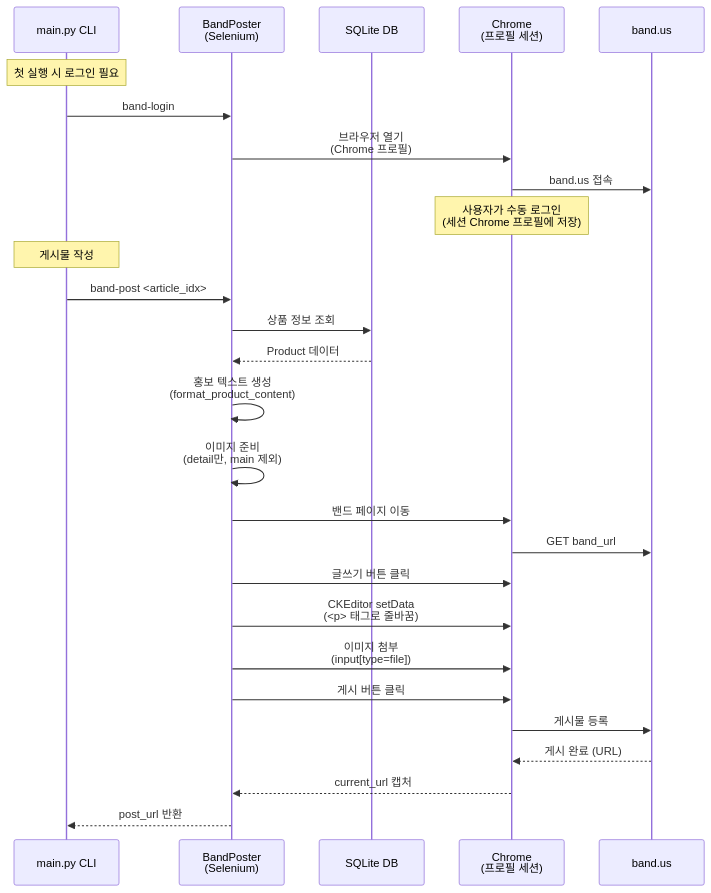
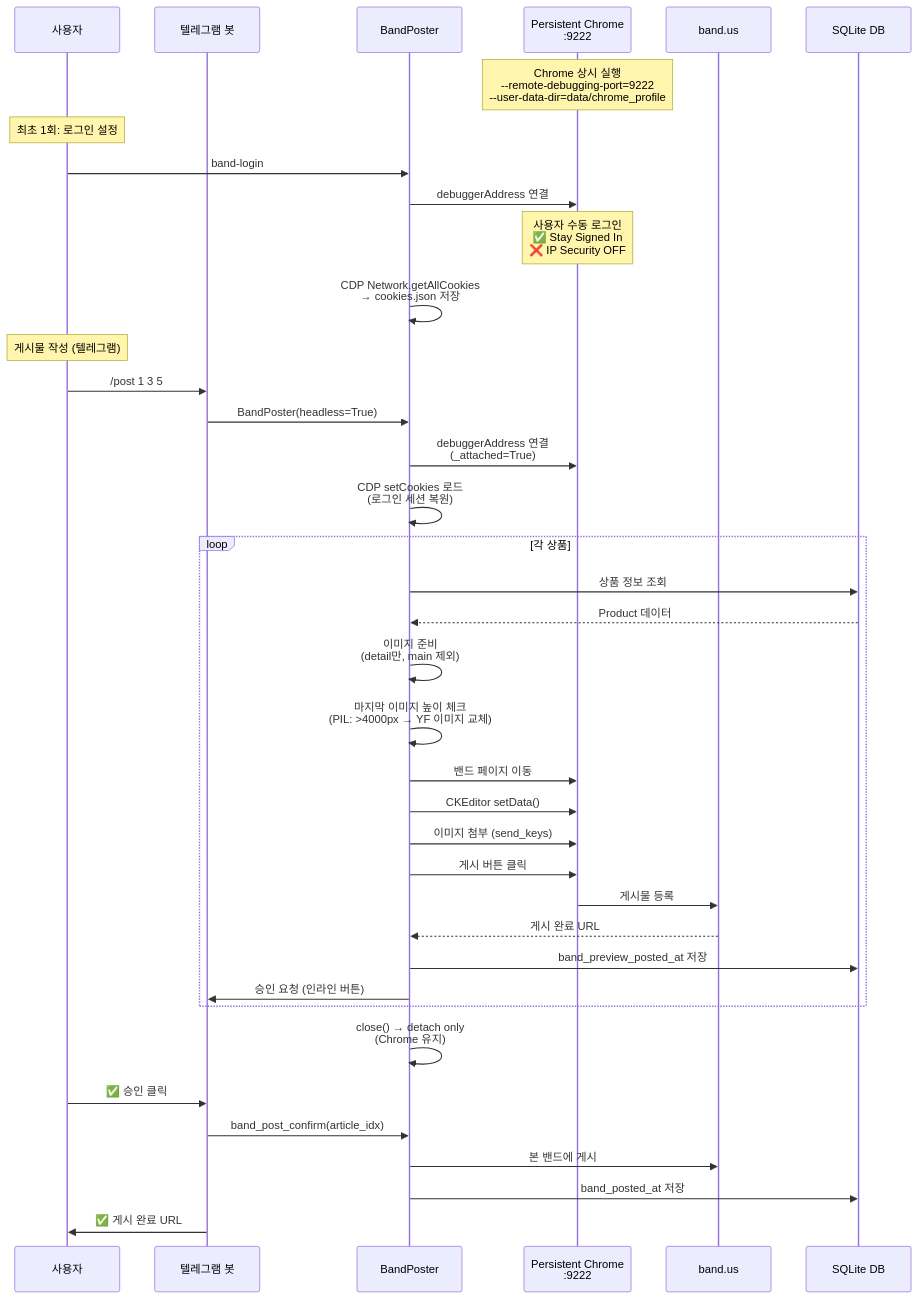
One commit to Yejinius/Fruits_final changed the third of 7 diagrams in PROJECT_DOCUMENTATION.md. Above: the diagram before and after it, drawn with Mermaid. The commit also changed other lines of this file, not shown here.

````diff
--- a/PROJECT_DOCUMENTATION.md
+++ b/PROJECT_DOCUMENTATION.md
@@ -152,34 +158,46 @@
 ```mermaid
 sequenceDiagram
-    participant CLI as main.py CLI
-    participant BP as BandPoster<br/>(Selenium)
+    participant USER as 사용자
+    participant TG as 텔레그램 봇
+    participant BP as BandPoster
+    participant CHROME as Persistent Chrome<br/>:9222
+    participant BAND as band.us
     participant DB as SQLite DB
-    participant CHROME as Chrome<br/>(프로필 세션)
-    participant BAND as band.us
 
-    Note over CLI: 첫 실행 시 로그인 필요
-    CLI->>BP: band-login
-    BP->>CHROME: 브라우저 열기<br/>(Chrome 프로필)
-    CHROME->>BAND: band.us 접속
-    Note over CHROME: 사용자가 수동 로그인<br/>(세션 Chrome 프로필에 저장)
+    Note over CHROME: Chrome 상시 실행<br/>--remote-debugging-port=9222<br/>--user-data-dir=data/chrome_profile
 
-    Note over CLI: 게시물 작성
-    CLI->>BP: band-post <article_idx>
-    BP->>DB: 상품 정보 조회
-    DB-->>BP: Product 데이터
-    BP->>BP: 홍보 텍스트 생성<br/>(format_product_content)
-    BP->>BP: 이미지 준비<br/>(detail만, main 제외)
+    Note over USER: 최초 1회: 로그인 설정
+    USER->>BP: band-login
+    BP->>CHROME: debuggerAddress 연결
+    Note over CHROME: 사용자 수동 로그인<br/>✅ Stay Signed In<br/>❌ IP Security OFF
+    BP->>BP: CDP Network.getAllCookies<br/>→ cookies.json 저장
 
-    BP->>CHROME: 밴드 페이지 이동
-    CHROME->>BAND: GET band_url
+    Note over USER: 게시물 작성 (텔레그램)
+    USER->>TG: /post 1 3 5
+    TG->>BP: BandPoster(headless=True)
+    BP->>CHROME: debuggerAddress 연결<br/>(_attached=True)
+    BP->>BP: CDP setCookies 로드<br/>(로그인 세션 복원)
 
-    BP->>CHROME: 글쓰기 버튼 클릭
-    BP->>CHROME: CKEditor setData<br/>(<p> 태그로 줄바꿈)
-    BP->>CHROME: 이미지 첨부<br/>(input[type=file])
-    BP->>CHROME: 게시 버튼 클릭
+    loop 각 상품
+        BP->>DB: 상품 정보 조회
+        DB-->>BP: Product 데이터
+        BP->>BP: 이미지 준비<br/>(detail만, main 제외)
+        BP->>BP: 마지막 이미지 높이 체크<br/>(PIL: >4000px → YF 이미지 교체)
+        BP->>CHROME: 밴드 페이지 이동
+        BP->>CHROME: CKEditor setData()
+        BP->>CHROME: 이미지 첨부 (send_keys)
+        BP->>CHROME: 게시 버튼 클릭
+        CHROME->>BAND: 게시물 등록
+        BAND-->>BP: 게시 완료 URL
+        BP->>DB: band_preview_posted_at 저장
+        BP->>TG: 승인 요청 (인라인 버튼)
+    end
 
-    CHROME->>BAND: 게시물 등록
-    BAND-->>CHROME: 게시 완료 (URL)
-    CHROME-->>BP: current_url 캡처
-    BP-->>CLI: post_url 반환
+    BP->>BP: close() → detach only<br/>(Chrome 유지)
+
+    USER->>TG: ✅ 승인 클릭
+    TG->>BP: band_post_confirm(article_idx)
+    BP->>BAND: 본 밴드에 게시
+    BP->>DB: band_posted_at 저장
+    TG->>USER: ✅ 게시 완료 URL
 ```
````
